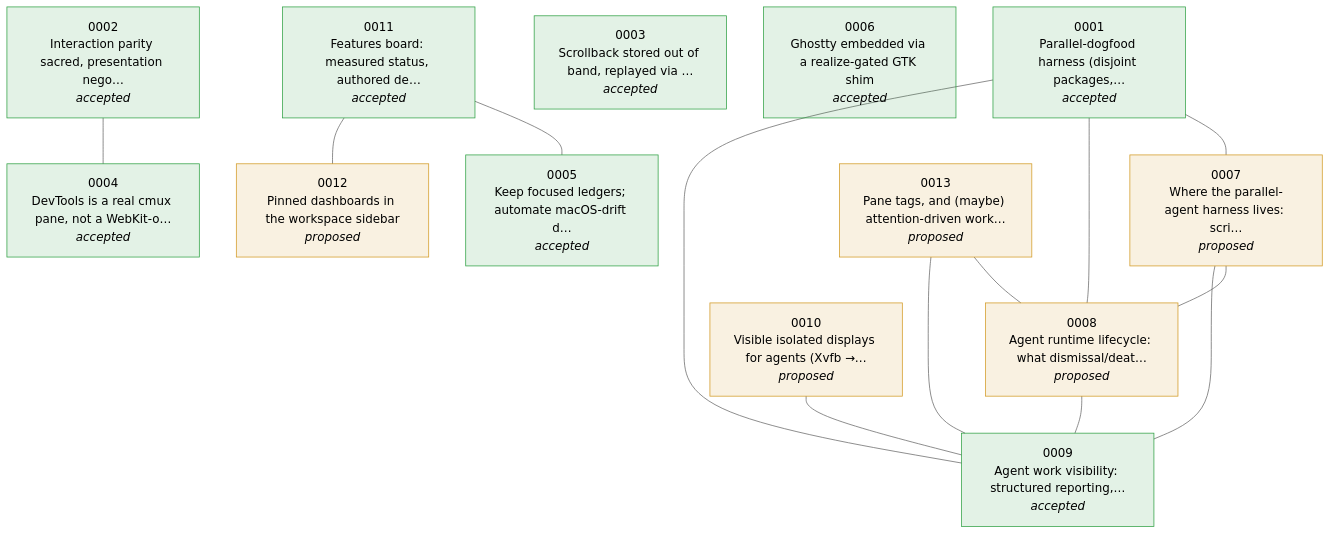
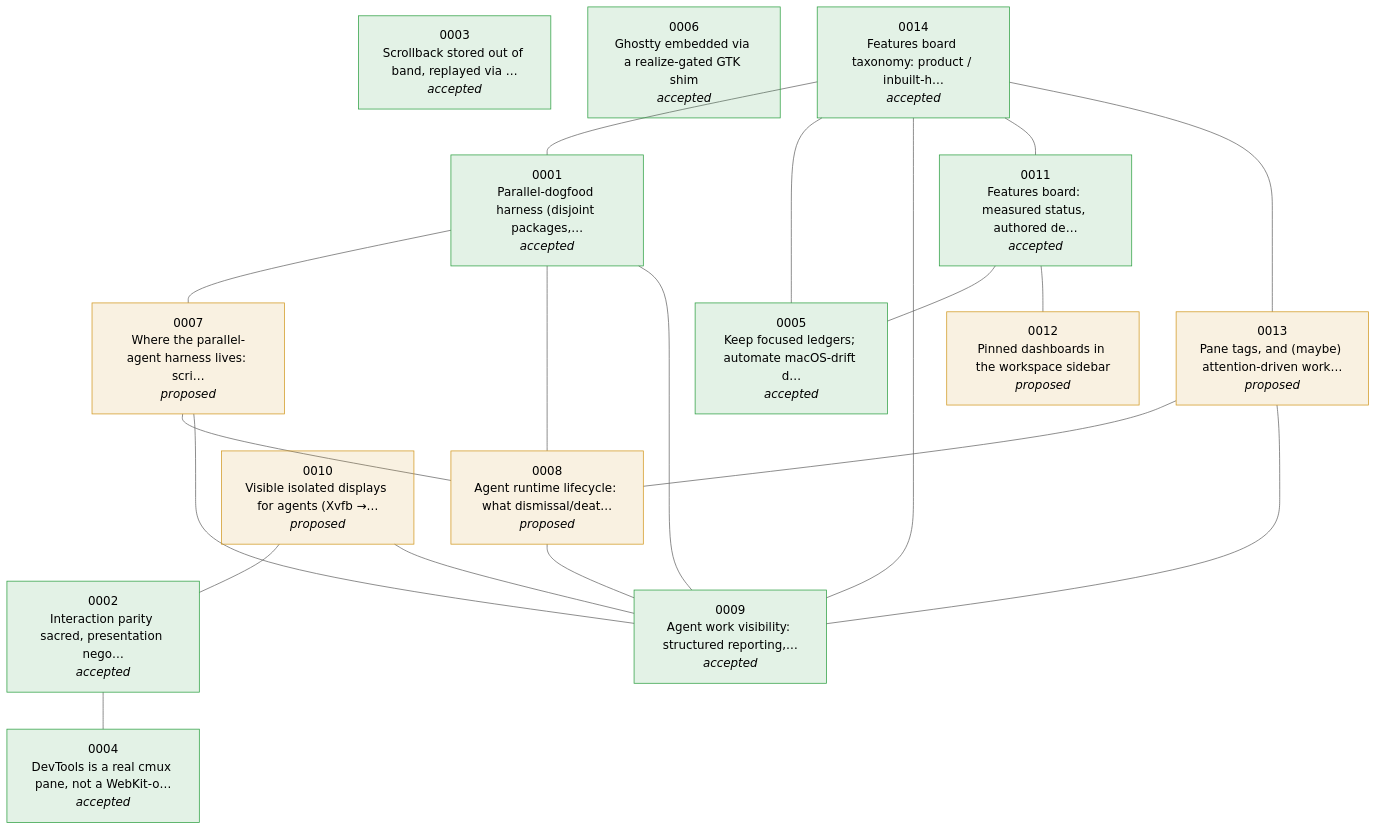
Before and after one commit to hiasihaho/cmux: the diagram in docs/linux-port/adr/_overview.md, drawn with Mermaid (neutral theme). The commit also changed other lines of this file, not shown here.

Commit message:
docs(adr): commit regenerated _overview for 0014 (left over from previous session)
Claude-Session: https://claude.ai/code/session_015rHXGhNVakPhXhFxUS5mh9

````diff
--- a/docs/linux-port/adr/_overview.md
+++ b/docs/linux-port/adr/_overview.md
@@ -5,41 +5,49 @@
 ```mermaid
 flowchart TD
     n0001["0001<br/>Parallel-dogfood harness (disjoint packages,…<br/><i>accepted</i>"]
     n0002["0002<br/>Interaction parity sacred, presentation nego…<br/><i>accepted</i>"]
     n0003["0003<br/>Scrollback stored out of band, replayed via …<br/><i>accepted</i>"]
     n0004["0004<br/>DevTools is a real cmux pane, not a WebKit-o…<br/><i>accepted</i>"]
     n0005["0005<br/>Keep focused ledgers; automate macOS-drift d…<br/><i>accepted</i>"]
     n0006["0006<br/>Ghostty embedded via a realize-gated GTK shim<br/><i>accepted</i>"]
     n0007["0007<br/>Where the parallel-agent harness lives: scri…<br/><i>proposed</i>"]
     n0008["0008<br/>Agent runtime lifecycle: what dismissal/deat…<br/><i>proposed</i>"]
     n0009["0009<br/>Agent work visibility: structured reporting,…<br/><i>accepted</i>"]
     n0010["0010<br/>Visible isolated displays for agents (Xvfb →…<br/><i>proposed</i>"]
     n0011["0011<br/>Features board: measured status, authored de…<br/><i>accepted</i>"]
     n0012["0012<br/>Pinned dashboards in the workspace sidebar<br/><i>proposed</i>"]
     n0013["0013<br/>Pane tags, and (maybe) attention-driven work…<br/><i>proposed</i>"]
+    n0014["0014<br/>Features board taxonomy: product / inbuilt-h…<br/><i>accepted</i>"]
     n0001 --- n0007
     n0002 --- n0004
     n0007 --- n0008
     n0007 --- n0009
     n0008 --- n0001
     n0008 --- n0009
     n0009 --- n0001
+    n0010 --- n0002
     n0010 --- n0009
     n0011 --- n0005
     n0011 --- n0012
     n0013 --- n0008
     n0013 --- n0009
+    n0014 --- n0001
+    n0014 --- n0005
+    n0014 --- n0009
+    n0014 --- n0011
+    n0014 --- n0013
     style n0001 fill:#2ea04322,stroke:#2ea043
     style n0002 fill:#2ea04322,stroke:#2ea043
     style n0003 fill:#2ea04322,stroke:#2ea043
     style n0004 fill:#2ea04322,stroke:#2ea043
     style n0005 fill:#2ea04322,stroke:#2ea043
     style n0006 fill:#2ea04322,stroke:#2ea043
     style n0007 fill:#d2992222,stroke:#d29922
     style n0008 fill:#d2992222,stroke:#d29922
     style n0009 fill:#2ea04322,stroke:#2ea043
     style n0010 fill:#d2992222,stroke:#d29922
     style n0011 fill:#2ea04322,stroke:#2ea043
     style n0012 fill:#d2992222,stroke:#d29922
     style n0013 fill:#d2992222,stroke:#d29922
+    style n0014 fill:#2ea04322,stroke:#2ea043
 ```
````
